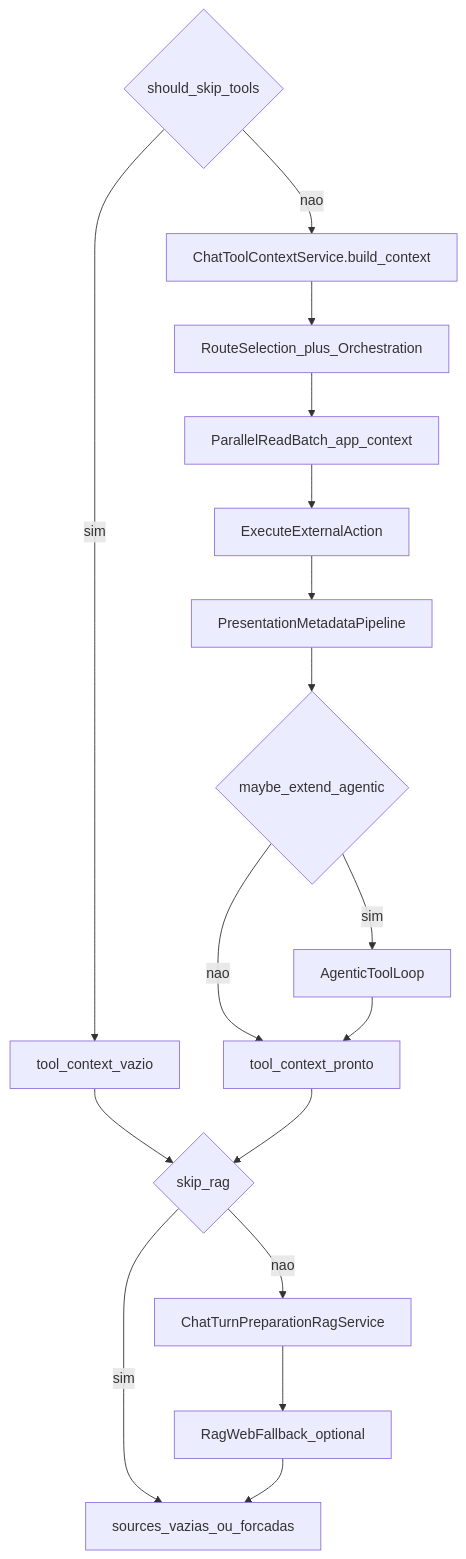
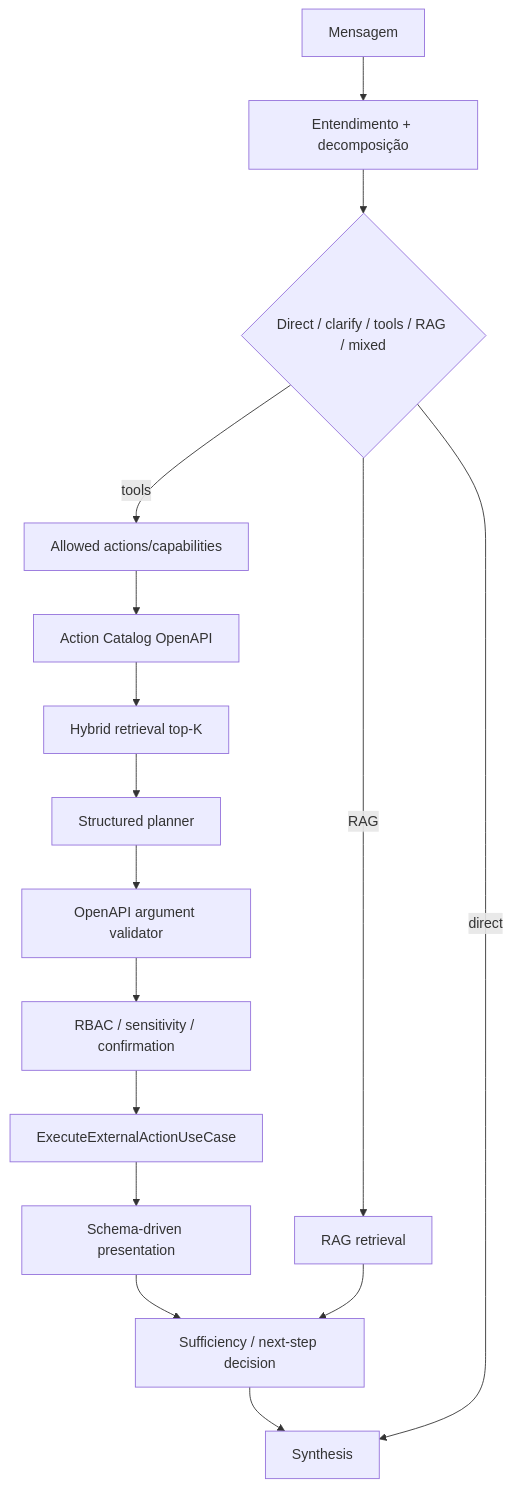
The diagram in minha-delpi-ai-api/docs/flows/03-tools-rag-agentic.md (roberiooliveiradev/delpi-central), drawn with Mermaid before and after one commit. The commit also changed other lines of this file, not shown here.

Commit message:
Atualizar fluxo tools RAG agentic para arquitetura vigente

````diff
--- a/minha-delpi-ai-api/docs/flows/03-tools-rag-agentic.md
+++ b/minha-delpi-ai-api/docs/flows/03-tools-rag-agentic.md
@@ -9,19 +13,18 @@
 ```mermaid
 flowchart TD
-  Skip{should_skip_tools} -->|sim| Stub[tool_context_vazio]
-  Skip -->|nao| Build[ChatToolContextService.build_context]
-  Build --> Select[RouteSelection_plus_Orchestration]
-  Select --> Parallel[ParallelReadBatch_app_context]
-  Parallel --> Exec[ExecuteExternalAction]
-  Exec --> Present[PresentationMetadataPipeline]
-  Present --> Agentic{maybe_extend_agentic}
-  Agentic -->|sim| Loop[AgenticToolLoop]
-  Agentic -->|nao| Done[tool_context_pronto]
-  Loop --> Done
-  Stub --> RagGate
-  Done --> RagGate{skip_rag}
-  RagGate -->|nao| Rag[ChatTurnPreparationRagService]
-  Rag --> Web[RagWebFallback_optional]
-  RagGate -->|sim| Out[sources_vazias_ou_forcadas]
-  Web --> Out
+  MSG[Mensagem] --> UNDERSTAND[Entendimento + decomposição]
+  UNDERSTAND --> GATE{Direct / clarify / tools / RAG / mixed}
+  GATE -->|tools| ALLOWED[Allowed actions/capabilities]
+  ALLOWED --> CATALOG[Action Catalog OpenAPI]
+  CATALOG --> RETRIEVE[Hybrid retrieval top-K]
+  RETRIEVE --> PLAN[Structured planner]
+  PLAN --> VALIDATE[OpenAPI argument validator]
+  VALIDATE --> POLICY[RBAC / sensitivity / confirmation]
+  POLICY --> EXEC[ExecuteExternalActionUseCase]
+  EXEC --> PRESENT[Schema-driven presentation]
+  GATE -->|RAG| RAG[RAG retrieval]
+  PRESENT --> SUFF[Sufficiency / next-step decision]
+  RAG --> SUFF
+  SUFF --> SYNTH[Synthesis]
+  GATE -->|direct| SYNTH
 ```
````
